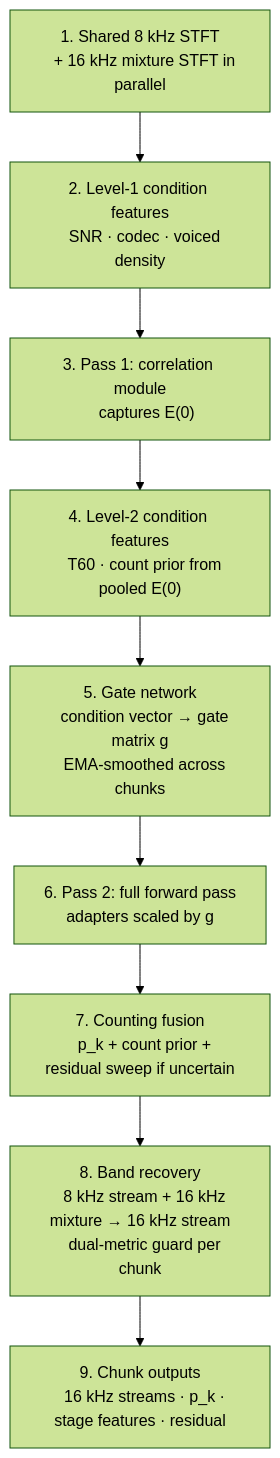
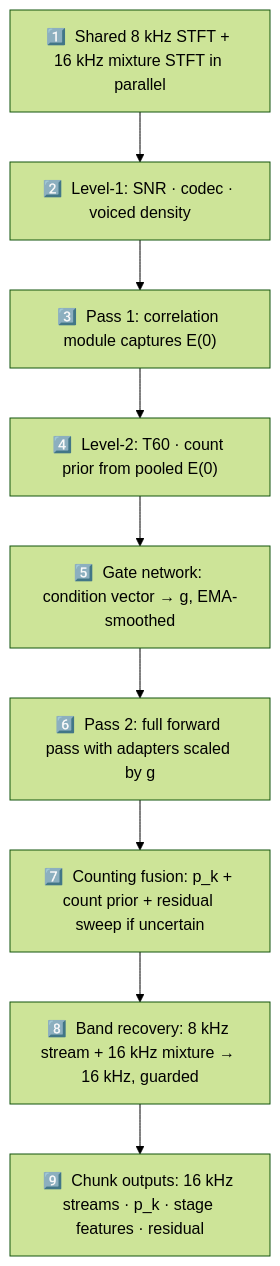
Before and after one commit to TECHSCHOLAR777/SINGLE-CHANNEL-SPEECH-SEPARATION-PROJECT: the fourth of 5 diagrams in README.md, drawn with Mermaid (forest theme). The commit also changed other lines of this file, not shown here.

````diff
--- a/README.md
+++ b/README.md
@@ -228,14 +227,14 @@
 ```mermaid
 flowchart TD
-    C1["1. Shared 8 kHz STFT\n   + 16 kHz mixture STFT in parallel"]
-    C2["2. Level-1 condition features\n   SNR · codec · voiced density"]
-    C3["3. Pass 1: correlation module\n   captures E(0)"]
-    C4["4. Level-2 condition features\n   T60 · count prior from pooled E(0)"]
-    C5["5. Gate network\n   condition vector → gate matrix g\n   EMA-smoothed across chunks"]
-    C6["6. Pass 2: full forward pass\n   adapters scaled by g"]
-    C7["7. Counting fusion\n   p_k + count prior + residual sweep if uncertain"]
-    C8["8. Band recovery\n   8 kHz stream + 16 kHz mixture → 16 kHz stream\n   dual-metric guard per chunk"]
-    C9["9. Chunk outputs\n   16 kHz streams · p_k · stage features · residual"]
+    C1["1️⃣  Shared 8 kHz STFT + 16 kHz mixture STFT in parallel"]
+    C2["2️⃣  Level-1: SNR · codec · voiced density"]
+    C3["3️⃣  Pass 1: correlation module captures E(0)"]
+    C4["4️⃣  Level-2: T60 · count prior from pooled E(0)"]
+    C5["5️⃣  Gate network: condition vector → g, EMA-smoothed"]
+    C6["6️⃣  Pass 2: full forward pass with adapters scaled by g"]
+    C7["7️⃣  Counting fusion: p_k + count prior + residual sweep if uncertain"]
+    C8["8️⃣  Band recovery: 8 kHz stream + 16 kHz mixture → 16 kHz, guarded"]
+    C9["9️⃣  Chunk outputs: 16 kHz streams · p_k · stage features · residual"]
 
     C1 --> C2 --> C3 --> C4 --> C5 --> C6 --> C7 --> C8 --> C9
 ```
````
